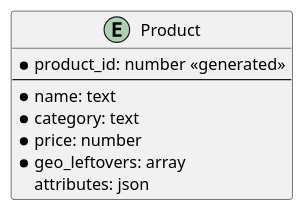
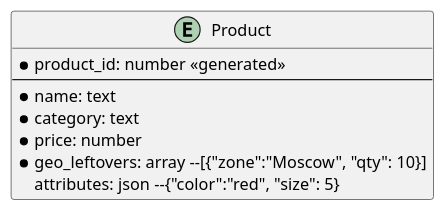
One commit to mikenina/architecture-pro-black_friday changed the first of 5 diagrams in Task7-10/7_ADR.md. Above: the diagram before and after it, drawn with PlantUML. The commit also changed other lines of this file and 3 other files, not shown here.

````diff
--- a/Task7-10/7_ADR.md
+++ b/Task7-10/7_ADR.md
@@ -31,11 +32,11 @@
 ```puml
 entity Product {
     * product_id: number <<generated>>
     --
     * name: text
     * category: text
     * price: number
-    * geo_leftovers: array
-    attributes: json
+    * geo_leftovers: array --[{"zone":"Moscow", "qty": 10}]
+    attributes: json --{"color":"red", "size": 5}
 }
 ```
````
